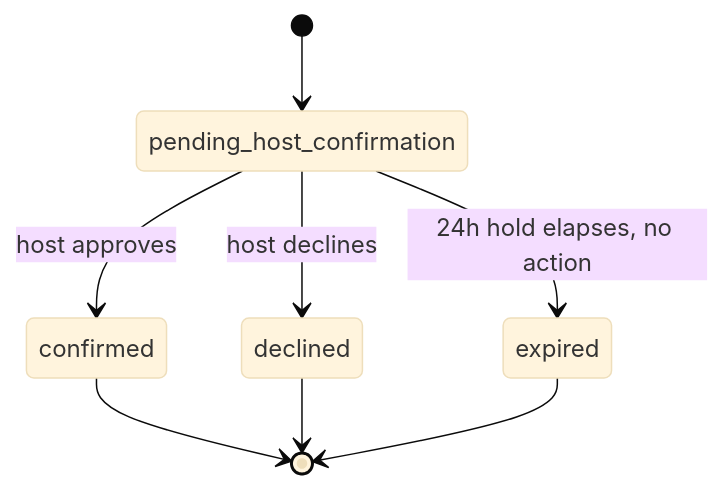
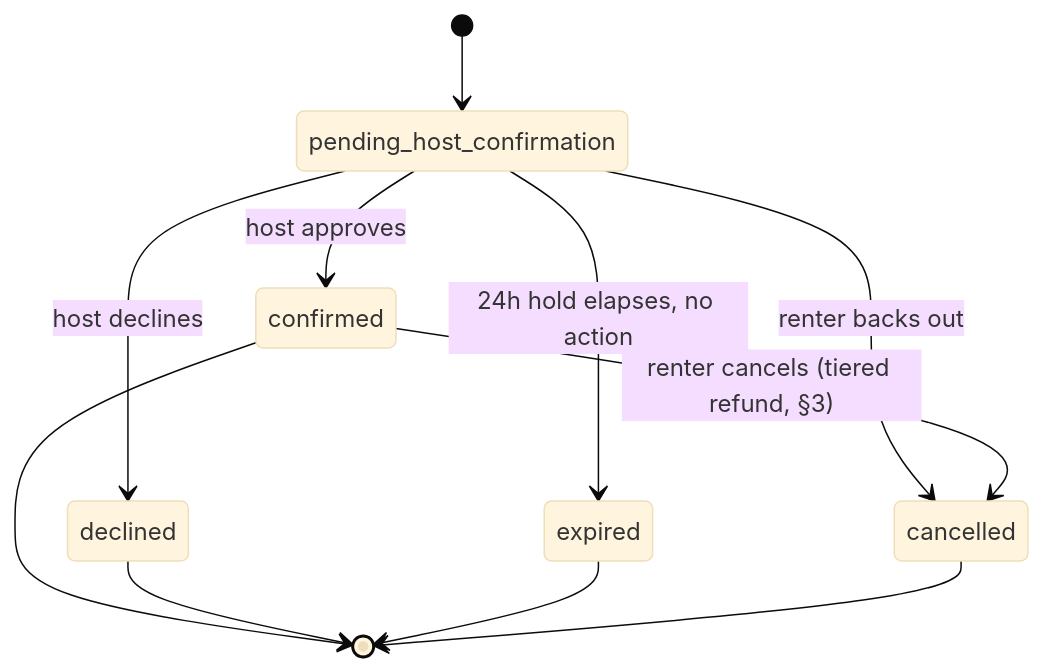
One commit to iliyanalibhai/spacio changed the fourth of 4 diagrams in docs/DOCUMENTATION.md. Above: the diagram before and after it, drawn with Mermaid (base theme). The commit also changed other lines of this file, not shown here.

First line of the commit message:
docs: record the renter cancellation + refund flow (Phase 4)

````diff
--- a/docs/DOCUMENTATION.md
+++ b/docs/DOCUMENTATION.md
@@ -720,10 +772,13 @@
 ```mermaid
 stateDiagram-v2
     [*] --> pending_host_confirmation
     pending_host_confirmation --> confirmed: host approves
     pending_host_confirmation --> declined: host declines
     pending_host_confirmation --> expired: 24h hold elapses, no action
+    pending_host_confirmation --> cancelled: renter backs out
+    confirmed --> cancelled: renter cancels (tiered refund, §3)
     confirmed --> [*]
     declined --> [*]
     expired --> [*]
+    cancelled --> [*]
 ```
````
